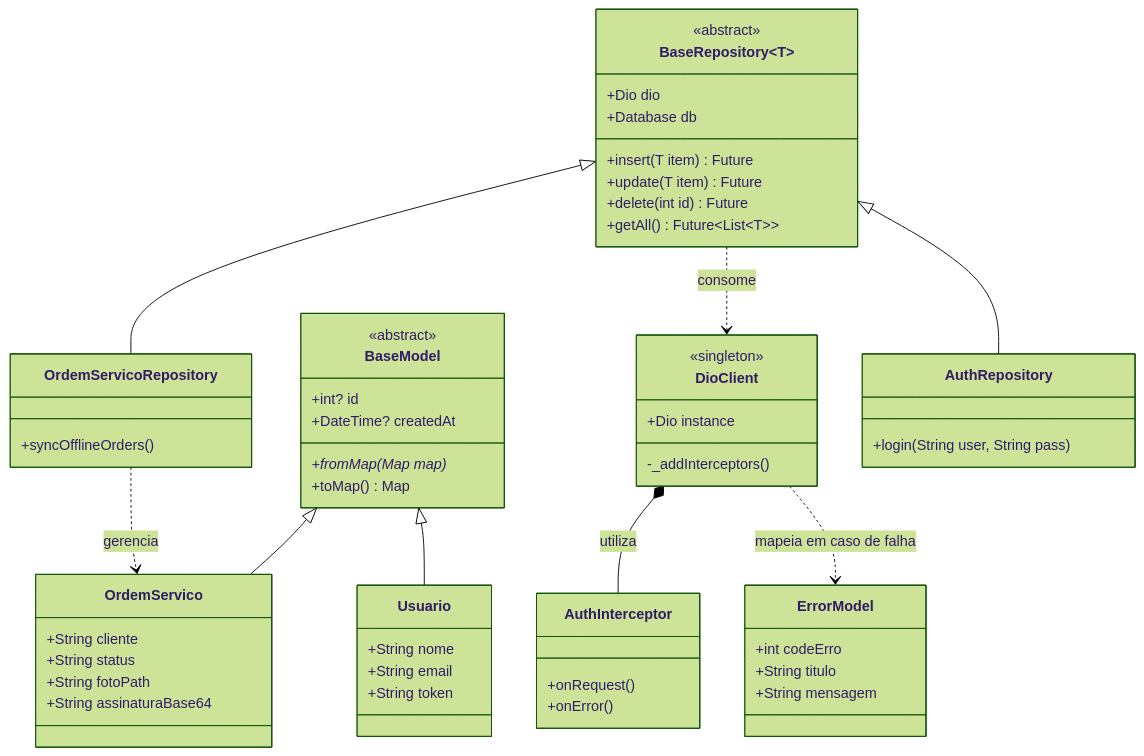
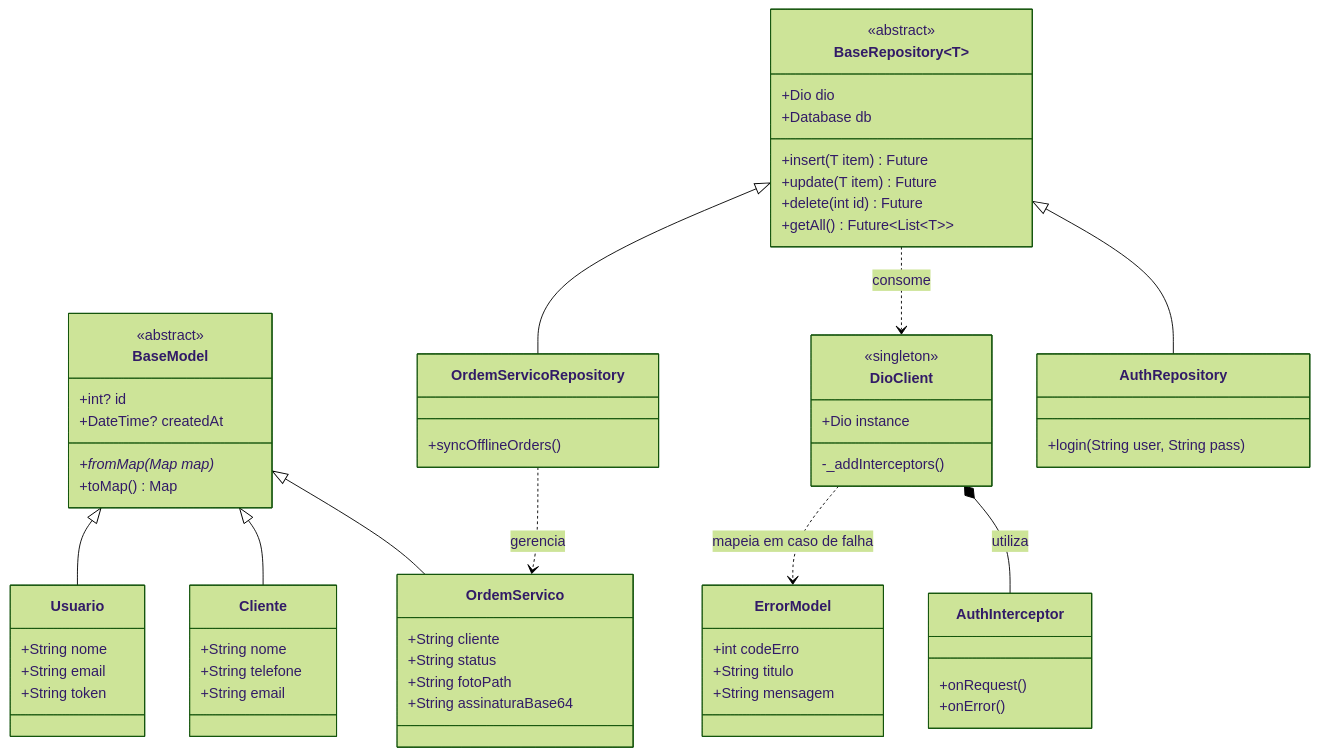
Before and after one commit to marquesclayton/ads5-20261-serviceflow: the diagram in README.md, drawn with Mermaid (forest theme).

Commit message:
Add Cliente class to README documentation

````diff
--- a/README.md
+++ b/README.md
@@ -52,71 +52,78 @@
 ```mermaid
 classDiagram
     %% Core Abstractions
     class BaseModel {
         <<abstract>>
         +int? id
         +DateTime? createdAt
         +fromMap(Map map)*
         +toMap() Map
     }
 
     class BaseRepository~T~ {
         <<abstract>>
         +Dio dio
         +Database db
         +insert(T item) Future
         +update(T item) Future
         +delete(int id) Future
         +getAll() Future~List~T~~
     }
 
     class DioClient {
         <<singleton>>
         +Dio instance
         -_addInterceptors()
     }
 
 	class ErrorModel {
         +int codeErro
         +String titulo
         +String mensagem
     }
 
     class AuthInterceptor {
         +onRequest()
         +onError()
     }
 
     %% Concrete Implementations
+    class Cliente {
+        +String nome
+        +String telefone
+        +String email
+    }
+
     class OrdemServico {
         +String cliente
         +String status
         +String fotoPath
         +String assinaturaBase64
     }
 
     class Usuario {
         +String nome
         +String email
         +String token
     }
 
     class OrdemServicoRepository {
         +syncOfflineOrders()
     }
 
     class AuthRepository {
         +login(String user, String pass)
     }
 
     %% Relationships
+    BaseModel <|-- Cliente
     BaseModel <|-- OrdemServico
     BaseModel <|-- Usuario
     BaseRepository <|-- OrdemServicoRepository
     BaseRepository <|-- AuthRepository
     DioClient *-- AuthInterceptor : utiliza
 	DioClient ..> ErrorModel : mapeia em caso de falha
     BaseRepository ..> DioClient : consome
     OrdemServicoRepository ..> OrdemServico : gerencia
 	
 ```
````
